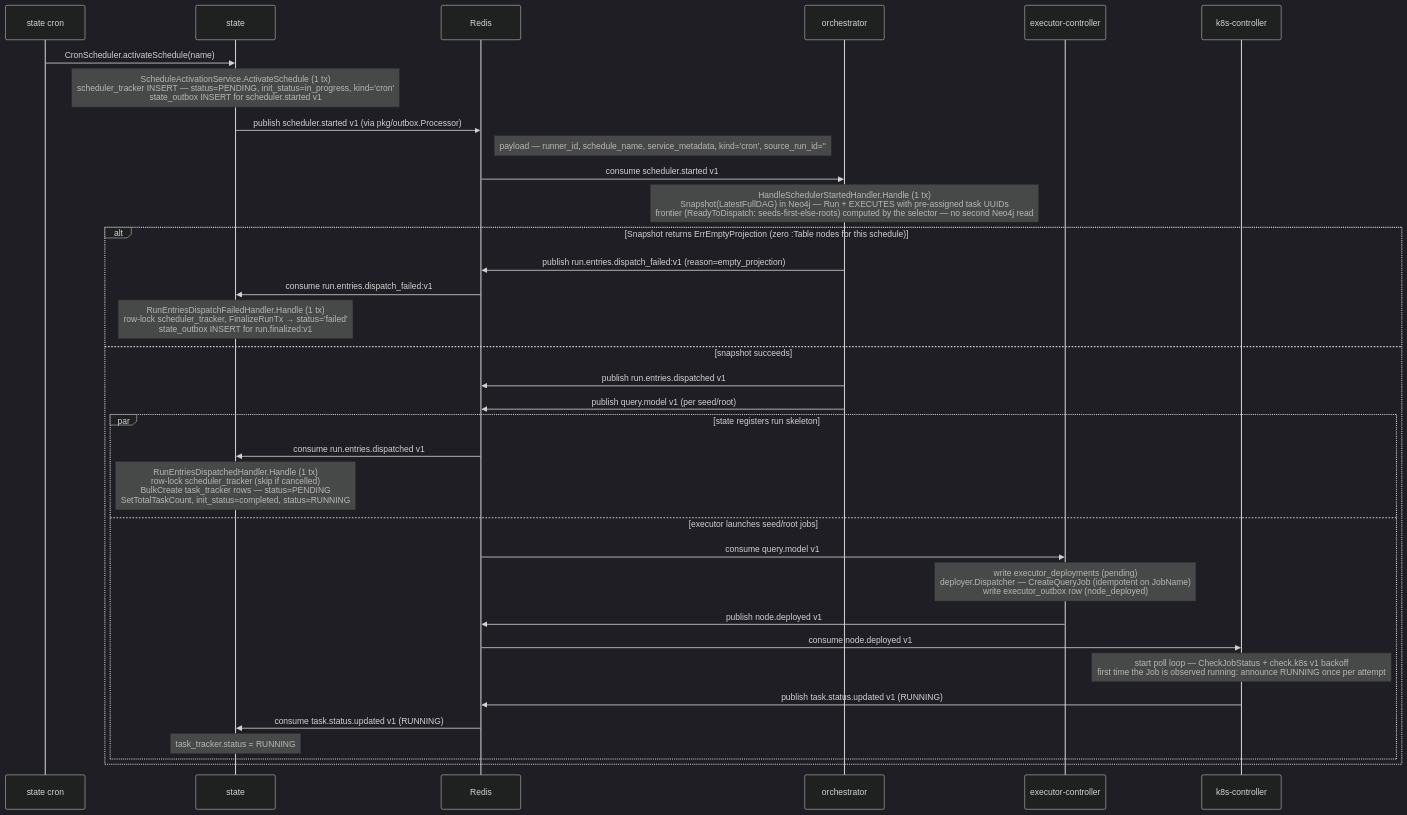
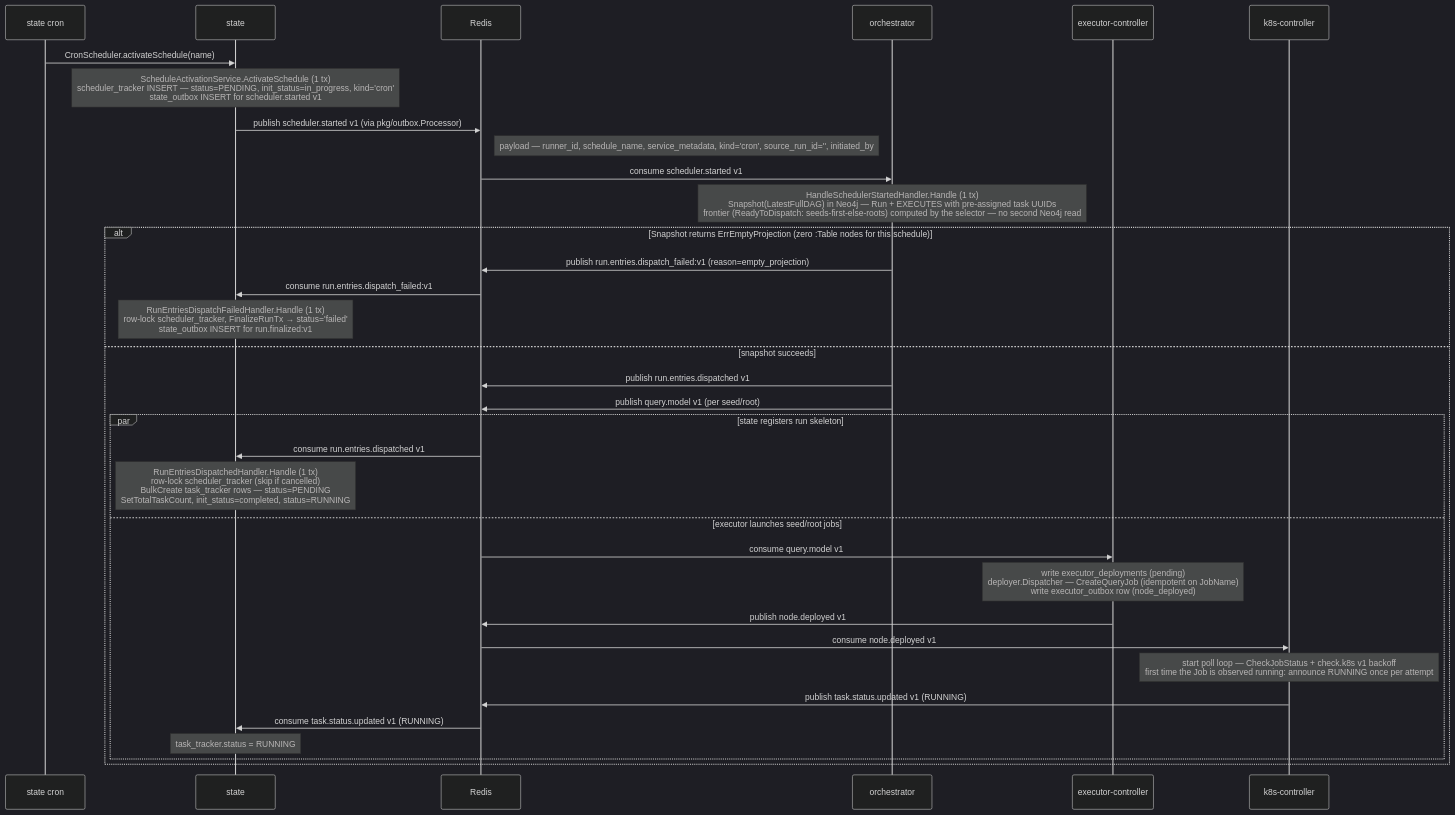
One commit to carolsimone/continuo changed the first of 12 diagrams in docs/arch/03-sequence-flows.md. Above: the diagram before and after it, drawn with Mermaid (dark theme). The commit also changed other lines of this file and 72 other files, not shown here.

````diff
--- a/docs/arch/03-sequence-flows.md
+++ b/docs/arch/03-sequence-flows.md
@@ -5,39 +5,39 @@
 ```mermaid
 sequenceDiagram
   participant Cron as state cron
   participant ST as state
   participant R as Redis
   participant OR as orchestrator
   participant EC as executor-controller
   participant KC as k8s-controller
 
   Cron->>ST: CronScheduler.activateSchedule(name)
   Note over ST: ScheduleActivationService.ActivateSchedule (1 tx)<br/>scheduler_tracker INSERT — status=PENDING, init_status=in_progress, kind='cron'<br/>state_outbox INSERT for scheduler.started v1
   ST->>R: publish scheduler.started v1 (via pkg/outbox.Processor)
-  Note right of R: payload — runner_id, schedule_name, service_metadata, kind='cron', source_run_id=''
+  Note right of R: payload — runner_id, schedule_name, service_metadata, kind='cron', source_run_id='', initiated_by
 
   R->>OR: consume scheduler.started v1
   Note over OR: HandleSchedulerStartedHandler.Handle (1 tx)<br/>Snapshot(LatestFullDAG) in Neo4j — Run + EXECUTES with pre-assigned task UUIDs<br/>frontier (ReadyToDispatch: seeds-first-else-roots) computed by the selector — no second Neo4j read
   alt Snapshot returns ErrEmptyProjection (zero :Table nodes for this schedule)
     OR->>R: publish run.entries.dispatch_failed:v1 (reason=empty_projection)
     R->>ST: consume run.entries.dispatch_failed:v1
     Note over ST: RunEntriesDispatchFailedHandler.Handle (1 tx)<br/>row-lock scheduler_tracker, FinalizeRunTx → status='failed'<br/>state_outbox INSERT for run.finalized:v1
   else snapshot succeeds
     OR->>R: publish run.entries.dispatched v1
     OR->>R: publish query.model v1 (per seed/root)
 
     par state registers run skeleton
       R->>ST: consume run.entries.dispatched v1
       Note over ST: RunEntriesDispatchedHandler.Handle (1 tx)<br/>row-lock scheduler_tracker (skip if cancelled)<br/>BulkCreate task_tracker rows — status=PENDING<br/>SetTotalTaskCount, init_status=completed, status=RUNNING
     and executor launches seed/root jobs
       R->>EC: consume query.model v1
       Note over EC: write executor_deployments (pending)<br/>deployer.Dispatcher — CreateQueryJob (idempotent on JobName)<br/>write executor_outbox row (node_deployed)
       EC->>R: publish node.deployed v1
       R->>KC: consume node.deployed v1
       Note over KC: start poll loop — CheckJobStatus + check.k8s v1 backoff<br/>first time the Job is observed running: announce RUNNING once per attempt
       KC->>R: publish task.status.updated v1 (RUNNING)
       R->>ST: consume task.status.updated v1 (RUNNING)
       Note over ST: task_tracker.status = RUNNING
     end
   end
 ```
````
